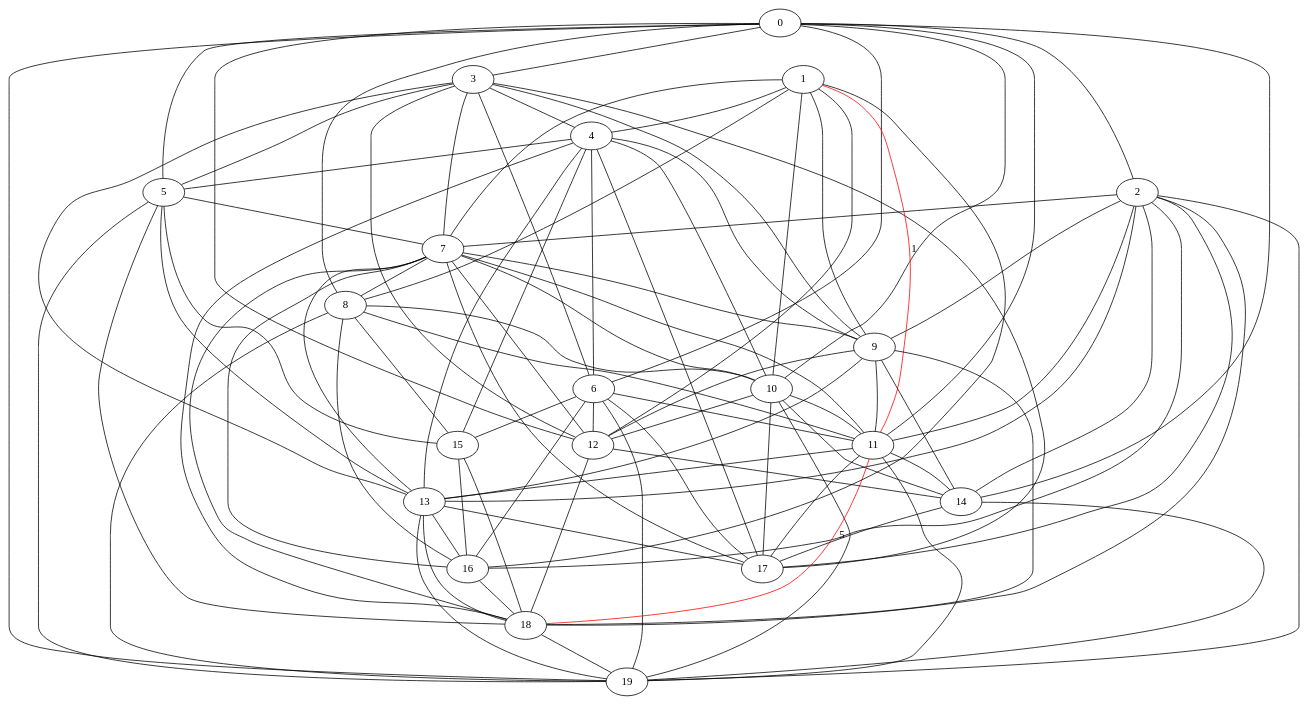
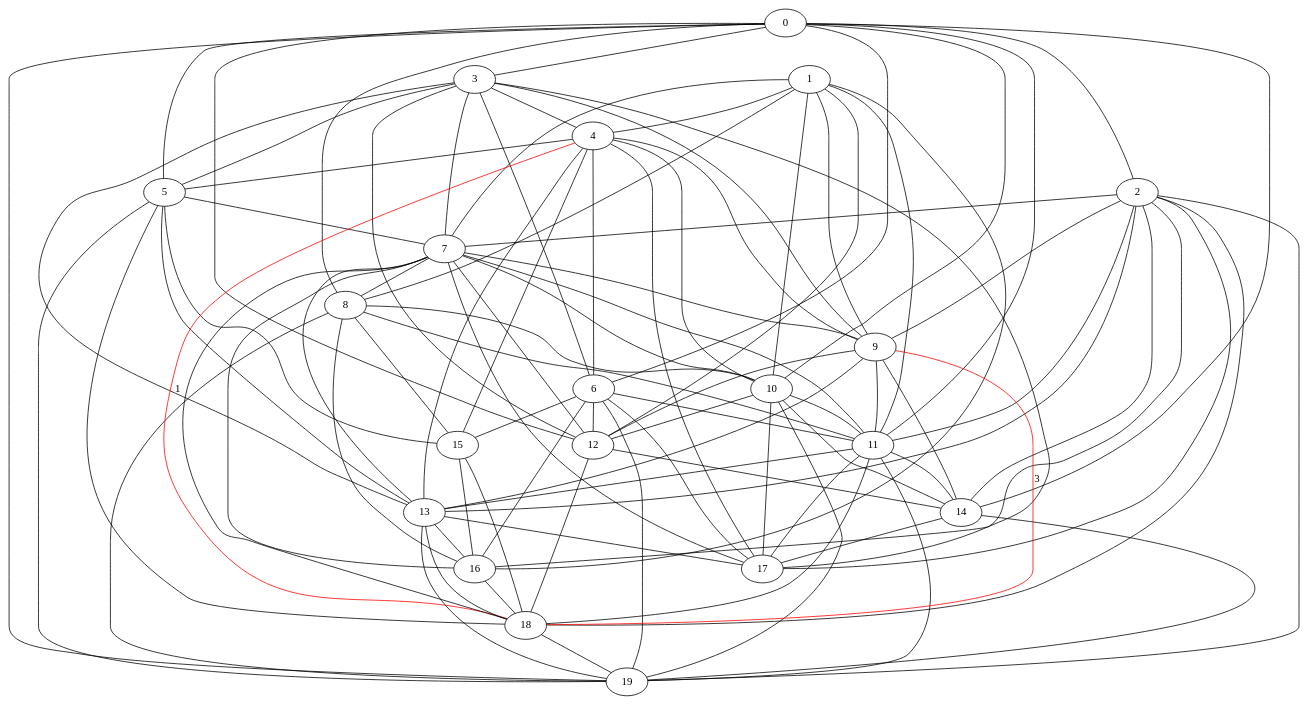
The diagram in week4b/dijkstra/weighted2new.dot (amitkvikram/CS2100), drawn with Graphviz before and after one commit. The commit also changed 66 other files, not shown here.

```diff
--- a/week4b/dijkstra/weighted2new.dot
+++ b/week4b/dijkstra/weighted2new.dot
@@ -1,98 +1,98 @@
 graph weighted2{
 	0 -- 2;
 	0 -- 3;
 	0 -- 5;
 	0 -- 6;
 	0 -- 8;
 	0 -- 10;
 	0 -- 11;
 	0 -- 12;
 	0 -- 14;
 	0 -- 19;
 	1 -- 4;
 	1 -- 7;
 	1 -- 8;
 	1 -- 9;
 	1 -- 10;
-	1 -- 11[color =red][label=1];
+	1 -- 11;
 	1 -- 12;
 	1 -- 16;
 	2 -- 7;
 	2 -- 9;
 	2 -- 11;
 	2 -- 13;
 	2 -- 14;
 	2 -- 16;
 	2 -- 17;
 	2 -- 18;
 	2 -- 19;
 	3 -- 4;
 	3 -- 5;
 	3 -- 6;
 	3 -- 7;
 	3 -- 9;
 	3 -- 12;
 	3 -- 13;
 	3 -- 17;
 	4 -- 5;
 	4 -- 6;
 	4 -- 9;
 	4 -- 10;
 	4 -- 13;
 	4 -- 15;
 	4 -- 17;
-	4 -- 18;
+	4 -- 18[color =red][label=1];
 	5 -- 7;
 	5 -- 13;
 	5 -- 15;
 	5 -- 18;
 	5 -- 19;
 	6 -- 11;
 	6 -- 12;
 	6 -- 15;
 	6 -- 16;
 	6 -- 17;
 	6 -- 19;
 	7 -- 8;
 	7 -- 9;
 	7 -- 10;
 	7 -- 11;
 	7 -- 12;
 	7 -- 13;
 	7 -- 16;
 	7 -- 17;
 	7 -- 18;
 	8 -- 10;
 	8 -- 11;
 	8 -- 15;
 	8 -- 16;
 	8 -- 19;
 	9 -- 11;
 	9 -- 12;
 	9 -- 13;
 	9 -- 14;
-	9 -- 18;
+	9 -- 18[color =red][label=3];
 	10 -- 11;
 	10 -- 12;
 	10 -- 14;
 	10 -- 17;
 	10 -- 19;
 	11 -- 13;
 	11 -- 14;
 	11 -- 17;
-	11 -- 18[color =red][label=5];
+	11 -- 18;
 	11 -- 19;
 	12 -- 14;
 	12 -- 18;
 	13 -- 16;
 	13 -- 17;
 	13 -- 18;
 	13 -- 19;
 	14 -- 17;
 	14 -- 19;
 	15 -- 16;
 	15 -- 18;
 	16 -- 18;
 	18 -- 19;
 	19
 }
```
